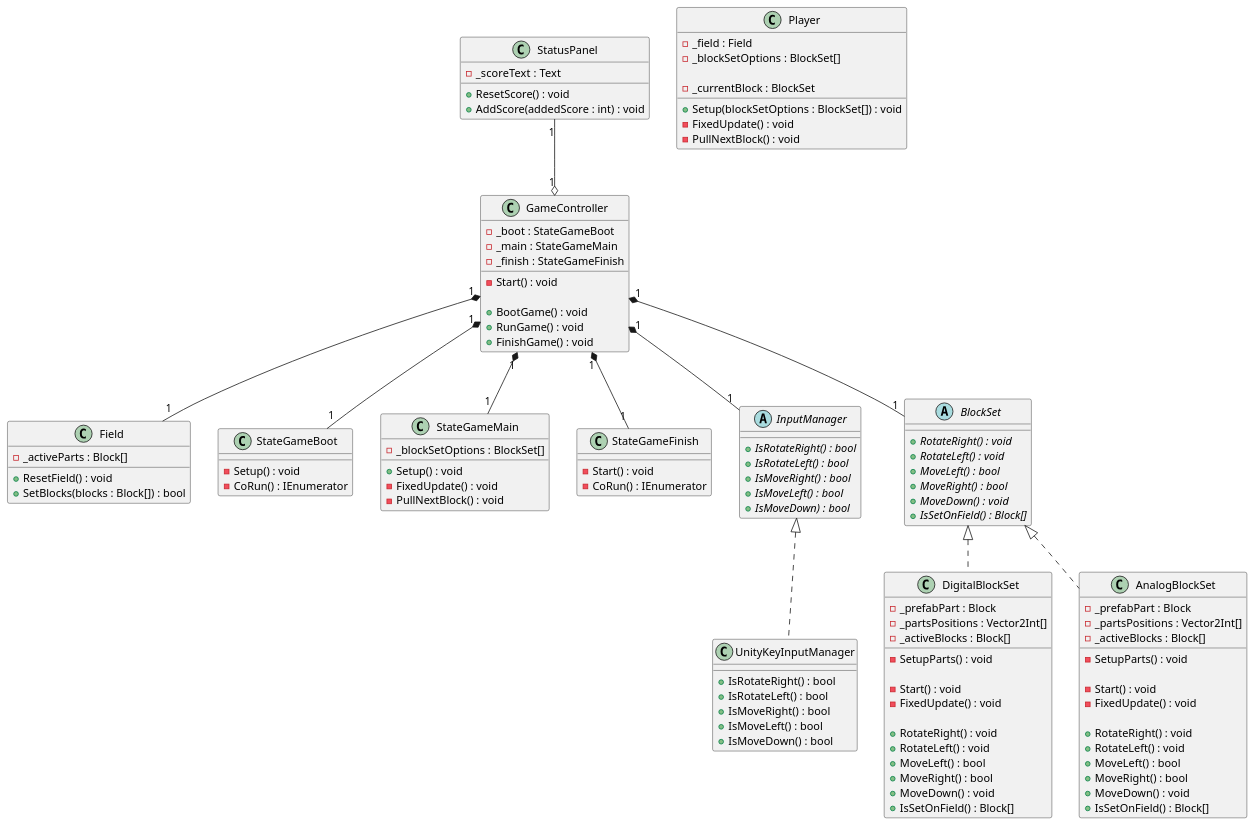
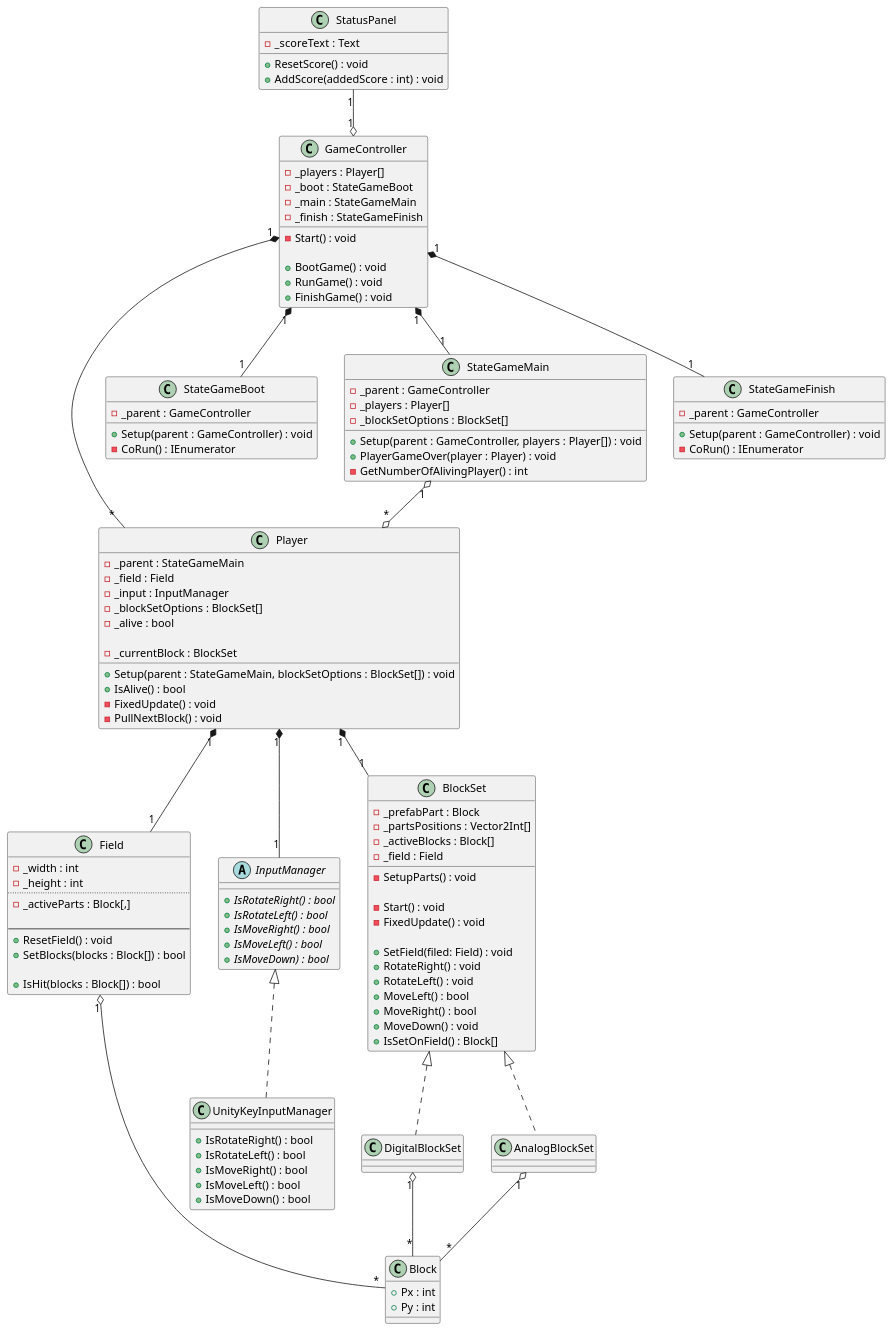
One commit to azarashin/UnityTetris changed the diagram in Documents/PlantUML/CD_Main.pu. Above: the diagram before and after it, drawn with PlantUML. The commit also changed 3 other files, not shown here.

```diff
--- a/Documents/PlantUML/CD_Main.pu
+++ b/Documents/PlantUML/CD_Main.pu
@@ -1,158 +1,157 @@
 @startuml
+
+class Block
+{
+    + Px : int
+    + Py : int
+}
 
 ' フィールドの状態を管理する
 class Field
 {
-    - _activeParts : Block[]
+    - _width : int
+    - _height : int
+    ..
+    - _activeParts : Block[,]
 
+    --
     + ResetField() : void
     ' @return ブロックが積みあがってしまったらtrue, そうでなければfalse を返す
     + SetBlocks(blocks : Block[]) : bool
+
+    + IsHit(blocks : Block[]) : bool
 }
 
 ' ゲームの進行を管理する
 class GameController
 {
+    - _players : Player[]
     - _boot : StateGameBoot
     - _main : StateGameMain
     - _finish : StateGameFinish
 
     - Start() : void
 
     + BootGame() : void
     + RunGame() : void
     + FinishGame() : void
 }
 
 class Player
 {
+    - _parent : StateGameMain
     - _field : Field
+    - _input : InputManager
     - _blockSetOptions : BlockSet[]
+    - _alive : bool
 
     - _currentBlock : BlockSet
 
-    + Setup(blockSetOptions : BlockSet[]) : void
+    + Setup(parent : StateGameMain, blockSetOptions : BlockSet[]) : void
+    + IsAlive() : bool
     - FixedUpdate() : void
     - PullNextBlock() : void
 }
 
 class StateGameBoot
 {
-    - Setup() : void
+    - _parent : GameController
+
+    + Setup(parent : GameController) : void
     - CoRun() : IEnumerator
 }
 
 class StateGameMain
 {
+    - _parent : GameController
+    - _players : Player[]
     - _blockSetOptions : BlockSet[]
 
-    + Setup() : void
-    - FixedUpdate() : void
-    - PullNextBlock() : void
+    + Setup(parent : GameController, players : Player[]) : void
+    + PlayerGameOver(player : Player) : void
+    - GetNumberOfAlivingPlayer() : int
 }
 
 class StateGameFinish
 {
-    - Start() : void
+    - _parent : GameController
+
+    + Setup(parent : GameController) : void
     - CoRun() : IEnumerator
 }
 
 abstract class InputManager
 {
     + {abstract} IsRotateRight() : bool
     + {abstract} IsRotateLeft() : bool
     + {abstract} IsMoveRight() : bool
     + {abstract} IsMoveLeft() : bool
     + {abstract} IsMoveDown) : bool
 }
 
 class UnityKeyInputManager
 {
     + IsRotateRight() : bool
     + IsRotateLeft() : bool
     + IsMoveRight() : bool
     + IsMoveLeft() : bool
     + IsMoveDown() : bool
 }
 
 ' ブロックの状態を管理する
-abstract class BlockSet
-{
-    + {abstract} RotateRight() : void
-    + {abstract} RotateLeft() : void
-    ' @return 移動できる場合はtrue, 何かにぶつかって移動できない場合はfalse
-    + {abstract} MoveLeft() : bool
-    ' @return 移動できる場合はtrue, 何かにぶつかって移動できない場合はfalse
-    + {abstract} MoveRight() : bool
-    + {abstract} MoveDown() : void
-    ' @return フィールドに設置された直後であれば設置されたブロックの配列を、設置されていなければnull を返す
-    + {abstract} IsSetOnField() : Block[]
-}
-
-class DigitalBlockSet
+class BlockSet
 {
     - _prefabPart : Block
     - _partsPositions : Vector2Int[]
     - _activeBlocks : Block[]
+    - _field : Field
 
     - SetupParts() : void
 
     - Start() : void
     - FixedUpdate() : void
 
+    + SetField(filed: Field) : void
     + RotateRight() : void
     + RotateLeft() : void
     ' @return 移動できる場合はtrue, 何かにぶつかって移動できない場合はfalse
     + MoveLeft() : bool
     ' @return 移動できる場合はtrue, 何かにぶつかって移動できない場合はfalse
     + MoveRight() : bool
     + MoveDown() : void
     ' @return フィールドに設置された直後であれば設置されたブロックの配列を、設置されていなければnull を返す
     + IsSetOnField() : Block[]
 }
 
-class AnalogBlockSet
-{
-    - _prefabPart : Block
-    - _partsPositions : Vector2Int[]
-    - _activeBlocks : Block[]
-
-    - SetupParts() : void
-
-    - Start() : void
-    - FixedUpdate() : void
-
-    + RotateRight() : void
-    + RotateLeft() : void
-    ' @return 移動できる場合はtrue, 何かにぶつかって移動できない場合はfalse
-    + MoveLeft() : bool
-    ' @return 移動できる場合はtrue, 何かにぶつかって移動できない場合はfalse
-    + MoveRight() : bool
-    + MoveDown() : void
-    ' @return フィールドに設置された直後であれば設置されたブロックの配列を、設置されていなければnull を返す
-    + IsSetOnField() : Block[]
-}
 
 class StatusPanel
 {
     - _scoreText : Text
  
     + ResetScore() : void
     + AddScore(addedScore : int) : void
 }
 
-GameController "1" *-- "1" Field
-GameController "1" *-- "1" BlockSet
-GameController "1" *-- "1" InputManager
+Player "1" *-- "1" Field
+Player "1" *-- "1" BlockSet
+Player "1" *-- "1" InputManager
+
+GameController "1" *-- "*" Player
 GameController "1" *-- "1" StateGameBoot
 GameController "1" *-- "1" StateGameMain
 GameController "1" *-- "1" StateGameFinish
+
+StateGameMain "1" o--o "*" Player
 
 StatusPanel "1" --o "1" GameController
 
 BlockSet <|.. DigitalBlockSet
 BlockSet <|.. AnalogBlockSet
 
 InputManager <|.. UnityKeyInputManager
 
+Field "1" o-- "*" Block
+DigitalBlockSet "1" o-- "*" Block
+AnalogBlockSet "1" o-- "*" Block
+
 @enduml
```
